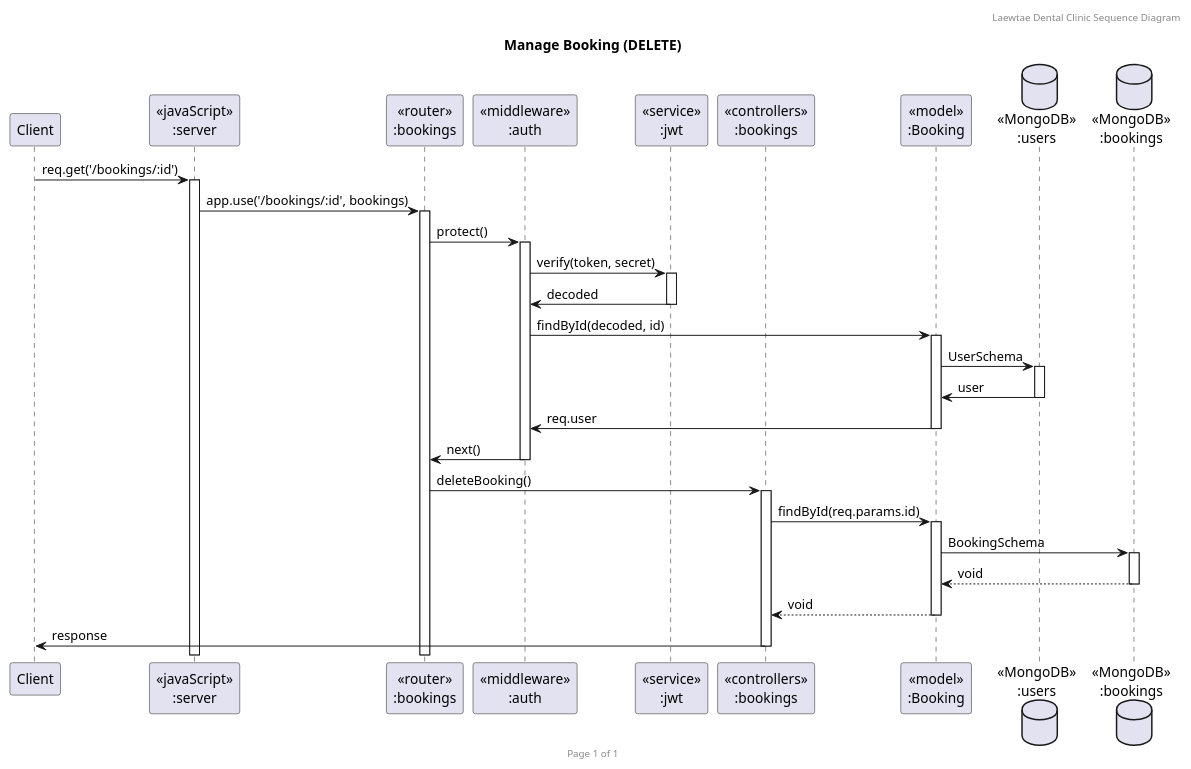
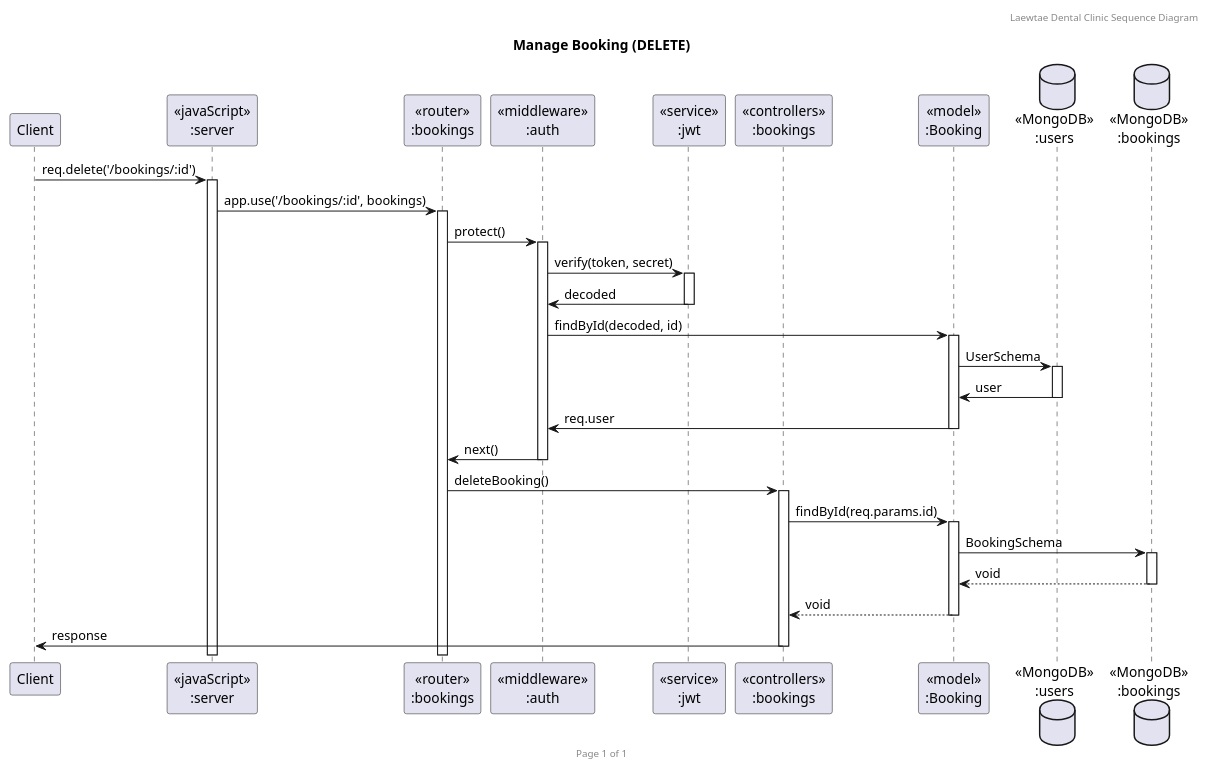
Before and after one commit to nattapong232/DentistBooking: the diagram in UML/SequenceDiagram/Booking/BookingSequenceDelete.puml, drawn with PlantUML. The commit also changed 2 other files, not shown here.

```diff
--- a/UML/SequenceDiagram/Booking/BookingSequenceDelete.puml
+++ b/UML/SequenceDiagram/Booking/BookingSequenceDelete.puml
@@ -1,34 +1,34 @@
 @startuml Manage Booking (DELETE)
 
 header Laewtae Dental Clinic Sequence Diagram
 footer Page %page% of %lastpage%
 title "Manage Booking (DELETE)"
 
 participant "Client" as client
 participant "<<javaScript>>\n:server" as server
 participant "<<router>>\n:bookings" as routerBookings
 participant "<<middleware>>\n:auth" as auth
 participant "<<service>>\n:jwt" as jwt
 participant "<<controllers>>\n:bookings" as controllersBookings
 participant "<<model>>\n:Booking" as modelBooking
 database "<<MongoDB>>\n:users" as UsersDatabase
 database "<<MongoDB>>\n:bookings" as BookingsDatabase
 
-client->server ++:req.get('/bookings/:id')
+client->server ++:req.delete('/bookings/:id')
 server->routerBookings ++:app.use('/bookings/:id', bookings)
 routerBookings -> auth ++:protect()
 auth -> jwt ++:verify(token, secret)
 auth <- jwt --:decoded
 auth -> modelBooking ++:findById(decoded, id)
 modelBooking -> UsersDatabase ++:UserSchema
 modelBooking <- UsersDatabase --:user
 auth <- modelBooking --:req.user
 routerBookings <- auth --:next()
 routerBookings -> controllersBookings ++:deleteBooking()
 controllersBookings->modelBooking ++:findById(req.params.id)
 modelBooking ->BookingsDatabase ++: BookingSchema
 BookingsDatabase --> modelBooking --: void
 controllersBookings <-- modelBooking --:void
 controllersBookings->client --:response
 
 @enduml
```
